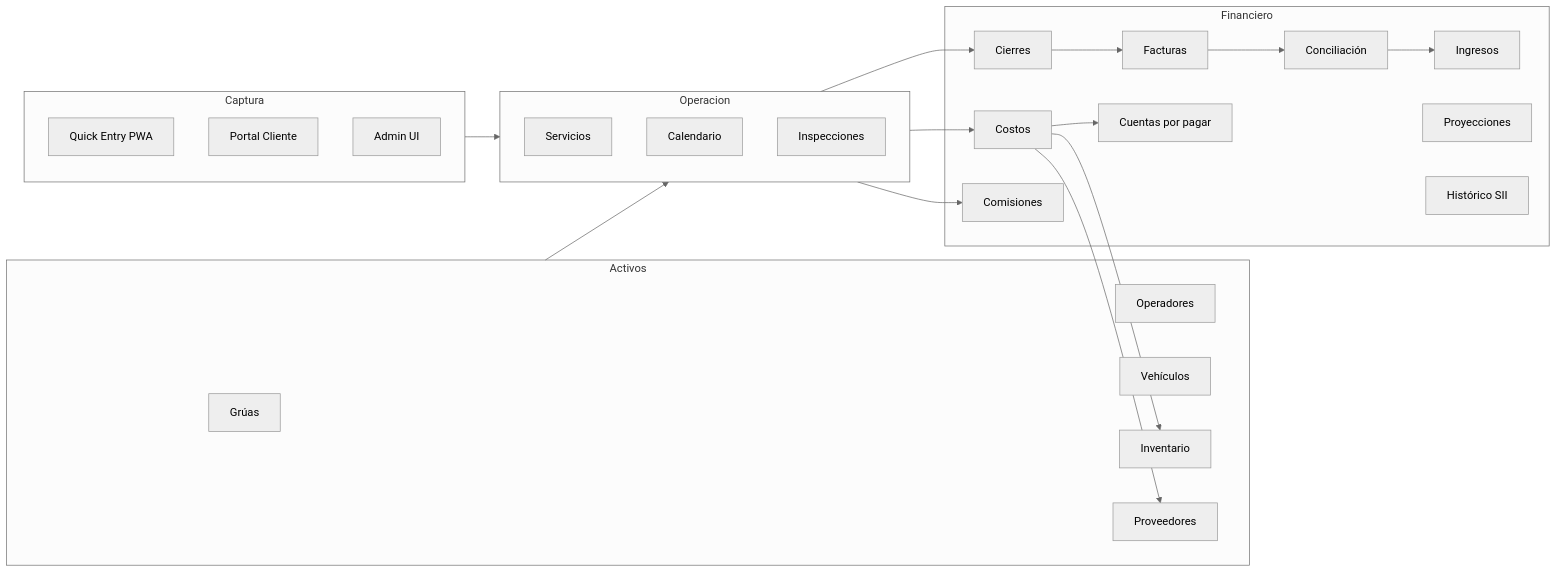
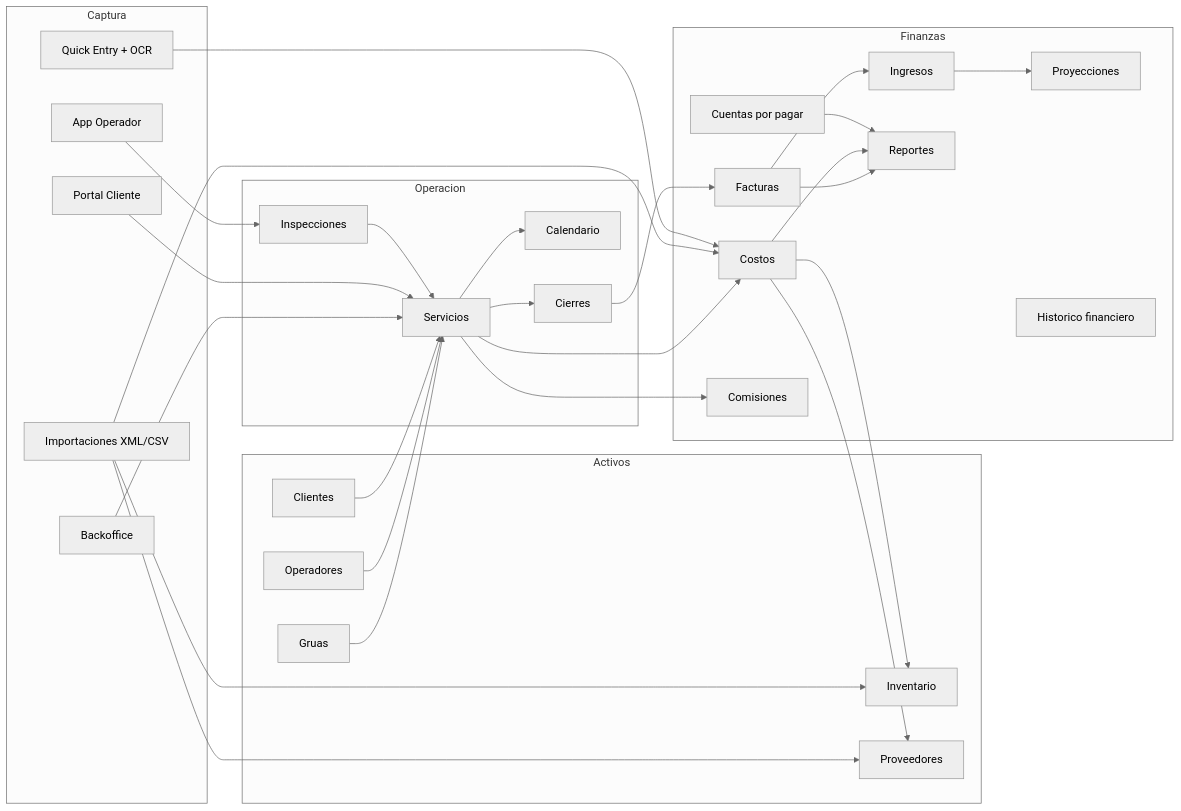
Before and after one commit to SergioIriarte666/gruas-alerta-calendario: the diagram in PRD.md, drawn with Mermaid (neutral theme). The commit also changed other lines of this file and 30 other files, not shown here.

````diff
--- a/PRD.md
+++ b/PRD.md
@@ -191,33 +168,57 @@
 ```mermaid
 flowchart LR
   subgraph Captura
-    QE[Quick Entry PWA]
-    PR[Portal Cliente]
-    UI[Admin UI]
+    ADMIN[Backoffice]
+    OP[App Operador]
+    PORTAL[Portal Cliente]
+    XML[Importaciones XML/CSV]
+    OCR[Quick Entry + OCR]
   end
+
   subgraph Operacion
     SVC[Servicios]
     CAL[Calendario]
     INS[Inspecciones]
+    CLO[Cierres]
   end
+
   subgraph Activos
-    CRA[Grúas]
+    CLI[Clientes]
+    CRA[Gruas]
     OPE[Operadores]
-    VEH[Vehículos]
     INV[Inventario]
     SUP[Proveedores]
   end
-  subgraph Financiero
-    CLO[Cierres] --> INV2[Facturas] --> PAY[Conciliación] --> INC[Ingresos]
-    COS[Costos] --> AP[Cuentas por pagar]
+
+  subgraph Finanzas
+    INV2[Facturas]
+    INC[Ingresos]
+    COS[Costos]
+    AP[Cuentas por pagar]
     COM[Comisiones]
-    PRJ[Proyecciones]
-    HIS[Histórico SII]
+    REP[Reportes]
+    PROY[Proyecciones]
+    HIST[Historico financiero]
   end
-  Captura --> Operacion --> CLO
-  Operacion --> COS
+
+  ADMIN --> SVC
+  PORTAL --> SVC
+  OP --> INS --> SVC
+  SVC --> CAL
+  SVC --> CLO --> INV2 --> INC
+  SVC --> COS
   COS --> SUP
   COS --> INV
-  Operacion --> COM
-  Activos --> Operacion
+  XML --> COS
+  XML --> SUP
+  XML --> INV
+  OCR --> COS
+  CRA --> SVC
+  OPE --> SVC
+  CLI --> SVC
+  SVC --> COM
+  INV2 --> REP
+  INC --> PROY
+  COS --> REP
+  AP --> REP
 ```
````
